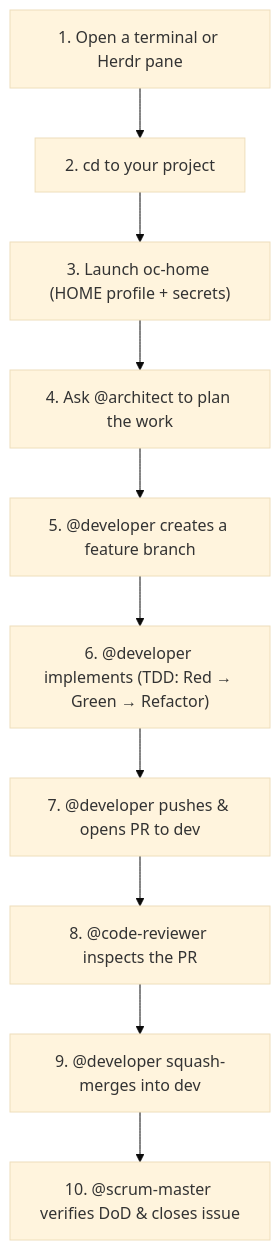
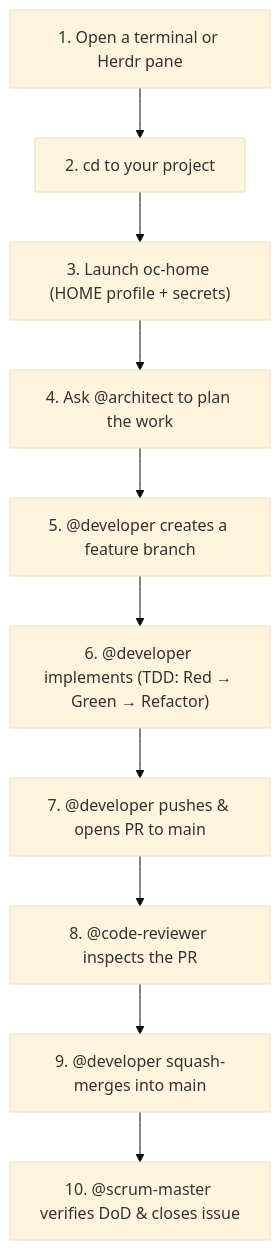
The diagram in docs/Admin-and-User-Guide.md (fpittelo/opencode-home-config), drawn with Mermaid (base theme) before and after one commit. The commit also changed other lines of this file and 6 other files, not shown here.

````diff
--- a/docs/Admin-and-User-Guide.md
+++ b/docs/Admin-and-User-Guide.md
@@ -439,12 +440,12 @@
 ```mermaid
 flowchart TD
     A["1. Open a terminal or Herdr pane"] --> B["2. cd to your project"]
     B --> C["3. Launch oc-home (HOME profile + secrets)"]
     C --> D["4. Ask @architect to plan the work"]
     D --> E["5. @developer creates a feature branch"]
     E --> F["6. @developer implements (TDD: Red → Green → Refactor)"]
-    F --> G["7. @developer pushes & opens PR to dev"]
+    F --> G["7. @developer pushes & opens PR to main"]
     G --> H["8. @code-reviewer inspects the PR"]
-    H --> I["9. @developer squash-merges into dev"]
+    H --> I["9. @developer squash-merges into main"]
     I --> J["10. @scrum-master verifies DoD & closes issue"]
 ```
````
